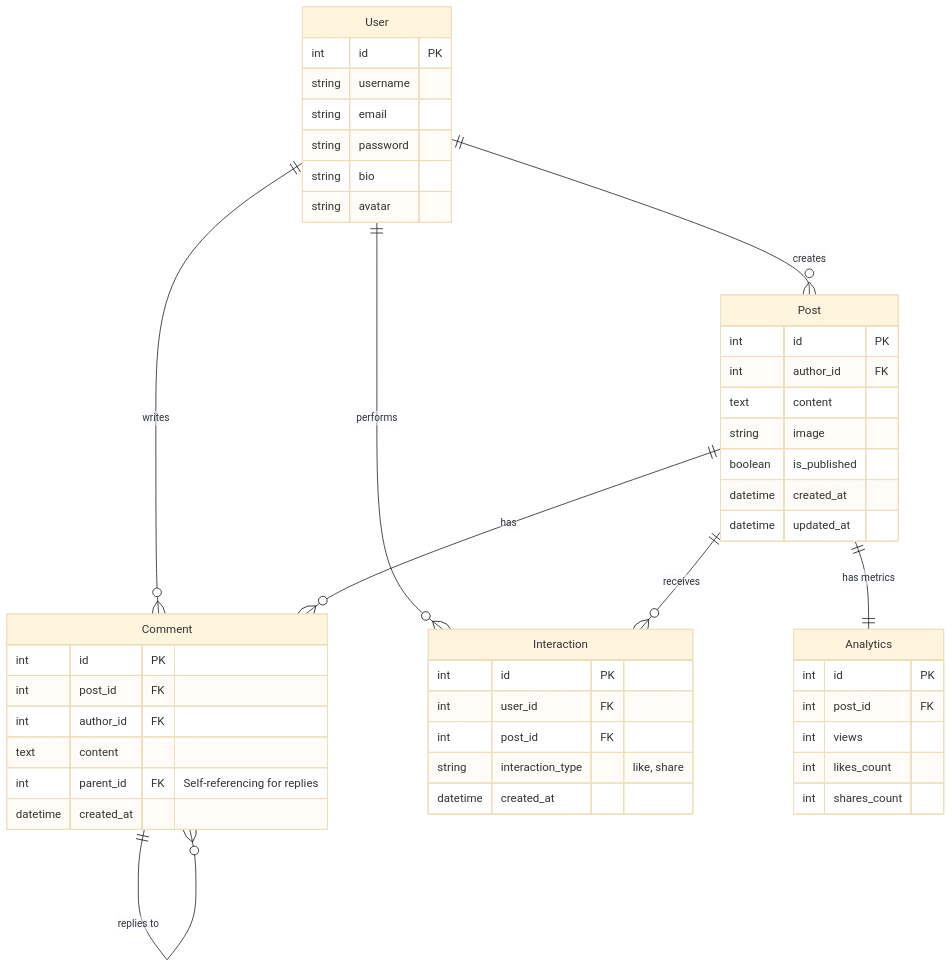
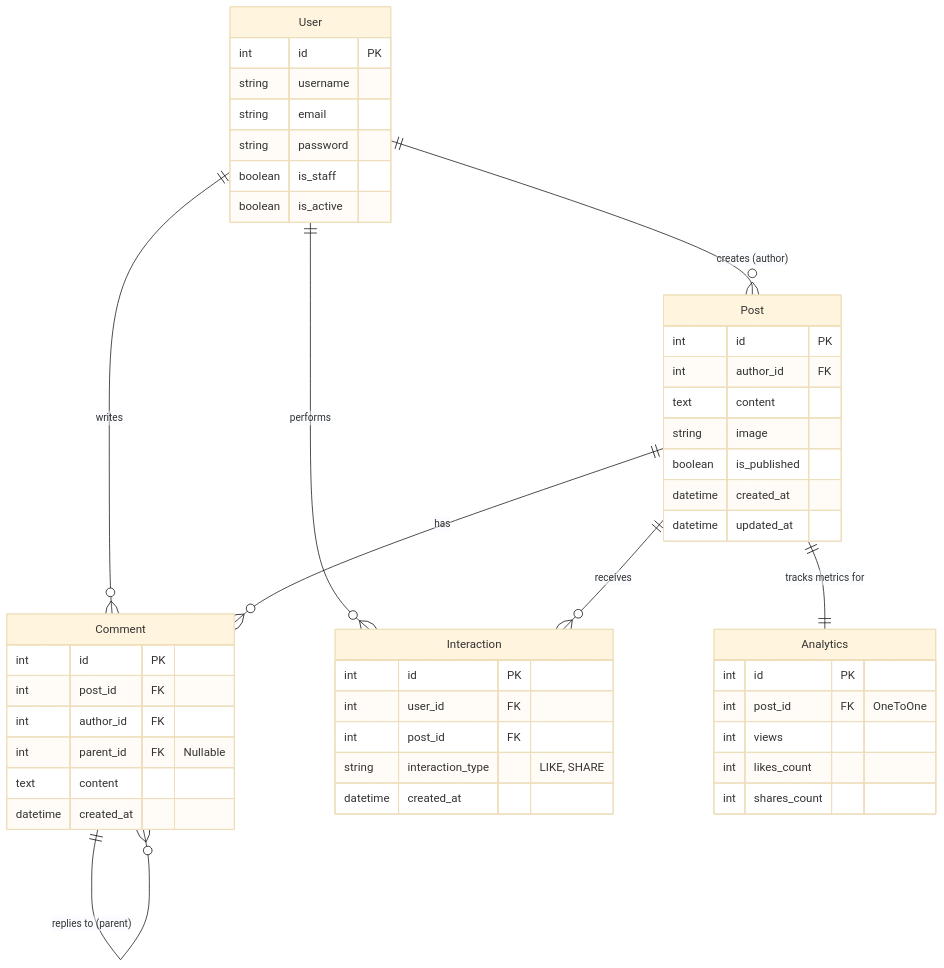
Before and after one commit to garisonmike/getSocial: the diagram in ERD.md, drawn with Mermaid (base theme). The commit also changed other lines of this file, not shown here.

Commit message:
docs: update ERD with current schema

````diff
--- a/ERD.md
+++ b/ERD.md
@@ -3,54 +3,56 @@
 ```mermaid
 erDiagram
-    User ||--o{ Post : "creates"
+    User ||--o{ Post : "creates (author)"
     User ||--o{ Comment : "writes"
     User ||--o{ Interaction : "performs"
+    
     Post ||--o{ Comment : "has"
     Post ||--o{ Interaction : "receives"
-    Post ||--|| Analytics : "has metrics"
-    Comment ||--o{ Comment : "replies to"
+    Post ||--|| Analytics : "tracks metrics for"
+    
+    Comment ||--o{ Comment : "replies to (parent)"
 
     User {
         int id PK
         string username
         string email
         string password
-        string bio
-        string avatar
+        boolean is_staff
+        boolean is_active
     }
 
     Post {
         int id PK
         int author_id FK
         text content
         string image
         boolean is_published
         datetime created_at
         datetime updated_at
     }
 
     Comment {
         int id PK
         int post_id FK
         int author_id FK
+        int parent_id FK "Nullable"
         text content
-        int parent_id FK "Self-referencing for replies"
         datetime created_at
     }
 
     Interaction {
         int id PK
         int user_id FK
         int post_id FK
-        string interaction_type "like, share"
+        string interaction_type "LIKE, SHARE"
         datetime created_at
     }
 
     Analytics {
         int id PK
-        int post_id FK
+        int post_id FK "OneToOne"
         int views
         int likes_count
         int shares_count
     }
 ```
````
